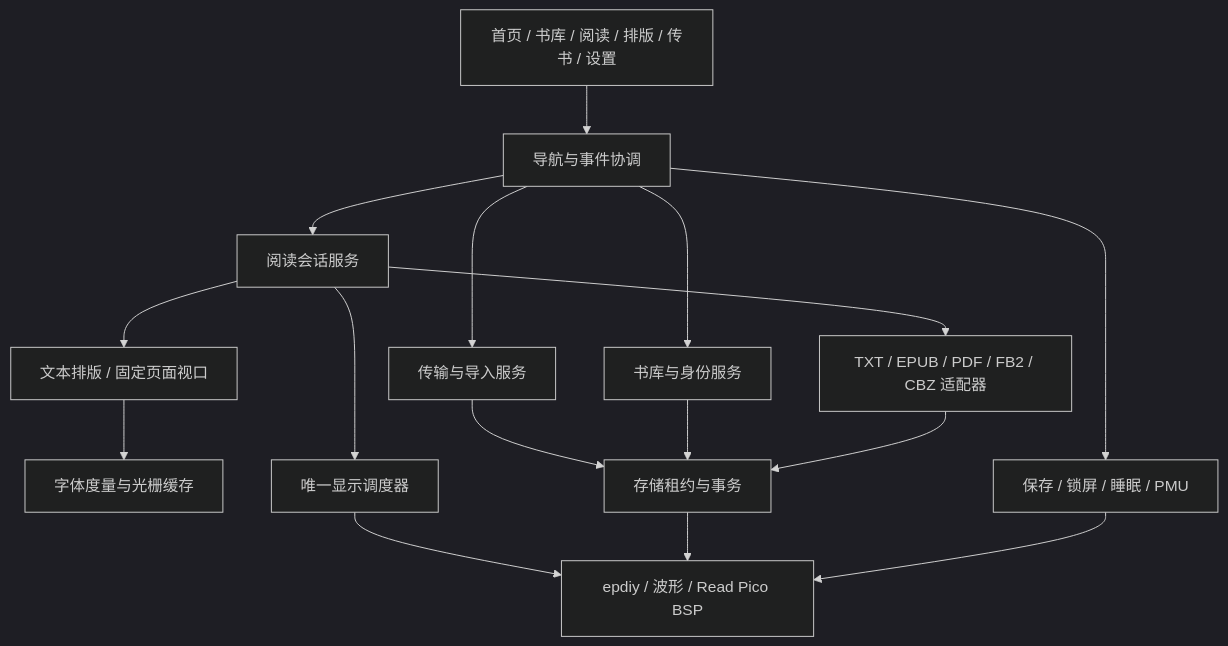
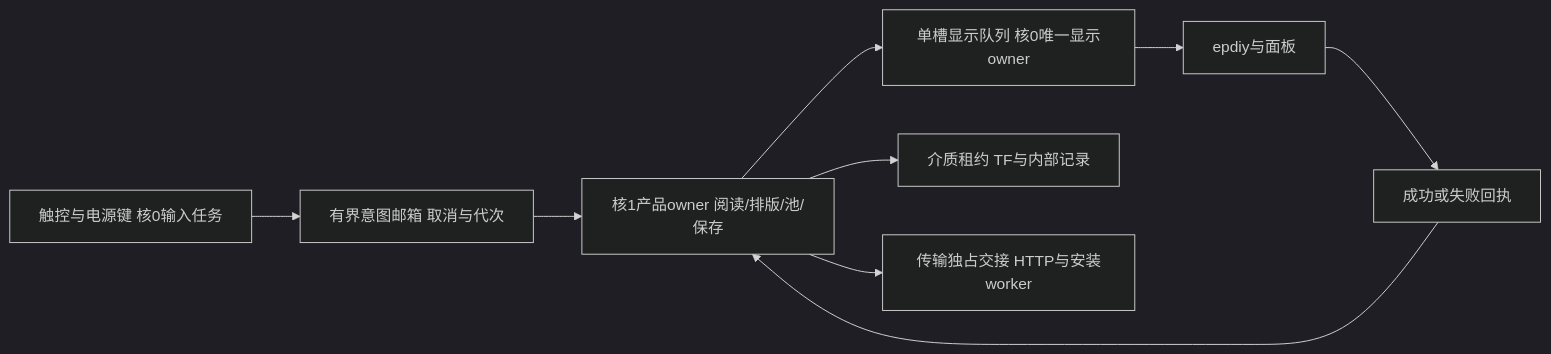
One commit to windssea/pico_nano changed the diagram in docs/ARCHITECTURE.md. Above: the diagram before and after it, drawn with Mermaid (dark theme). The commit also changed other lines of this file and 180 other files, not shown here.

````diff
--- a/docs/ARCHITECTURE.md
+++ b/docs/ARCHITECTURE.md
@@ -11,18 +25,11 @@
 ```mermaid
-flowchart TD
-    UI[首页 / 书库 / 阅读 / 排版 / 传书 / 设置] --> Router[导航与事件协调]
-    Router --> Reader[阅读会话服务]
-    Router --> Library[书库与身份服务]
-    Router --> Transfer[传输与导入服务]
-    Reader --> Format[TXT / EPUB / PDF / FB2 / CBZ 适配器]
-    Reader --> Layout[文本排版 / 固定页面视口]
-    Layout --> Font[字体度量与光栅缓存]
-    Reader --> Display[唯一显示调度器]
-    Transfer --> Storage[存储租约与事务]
-    Library --> Storage
-    Format --> Storage
-    Display --> BSP[epdiy / 波形 / Read Pico BSP]
-    Storage --> BSP
-    Router --> Power[保存 / 锁屏 / 睡眠 / PMU]
-    Power --> BSP
+flowchart LR
+  I[触控与电源键 核0输入任务] --> Q[有界意图邮箱 取消与代次]
+  Q --> P[核1产品owner 阅读/排版/池/保存]
+  P --> D[单槽显示队列 核0唯一显示owner]
+  D --> E[epdiy与面板]
+  E --> R[成功或失败回执]
+  R --> P
+  P --> S[介质租约 TF与内部记录]
+  P --> T[传输独占交接 HTTP与安装worker]
 ```
````
